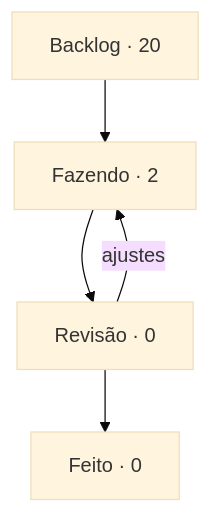
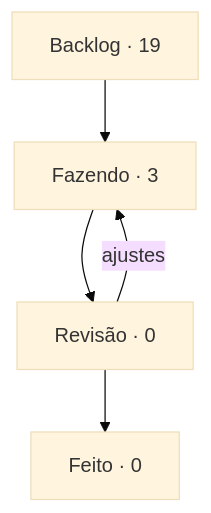
One commit to StudioVibi/VibiKanban changed the diagram in boards/dungeon-bend/BOARD.md. Above: the diagram before and after it, drawn with Mermaid (base theme). The commit also changed other lines of this file and 1 other file, not shown here.

Commit message:
board: DB-29 Backlog → Fazendo (@mete-marcha)

````diff
--- a/boards/dungeon-bend/BOARD.md
+++ b/boards/dungeon-bend/BOARD.md
@@ -5,10 +5,10 @@
 ```mermaid
 flowchart TD
-  backlog["Backlog · 20"] --> doing["Fazendo · 2"]
+  backlog["Backlog · 19"] --> doing["Fazendo · 3"]
   doing --> review["Revisão · 0"]
   review --> done["Feito · 0"]
   review -->|ajustes| doing
   doing:::blue
   review:::yellow
   done:::green
 ```
````
